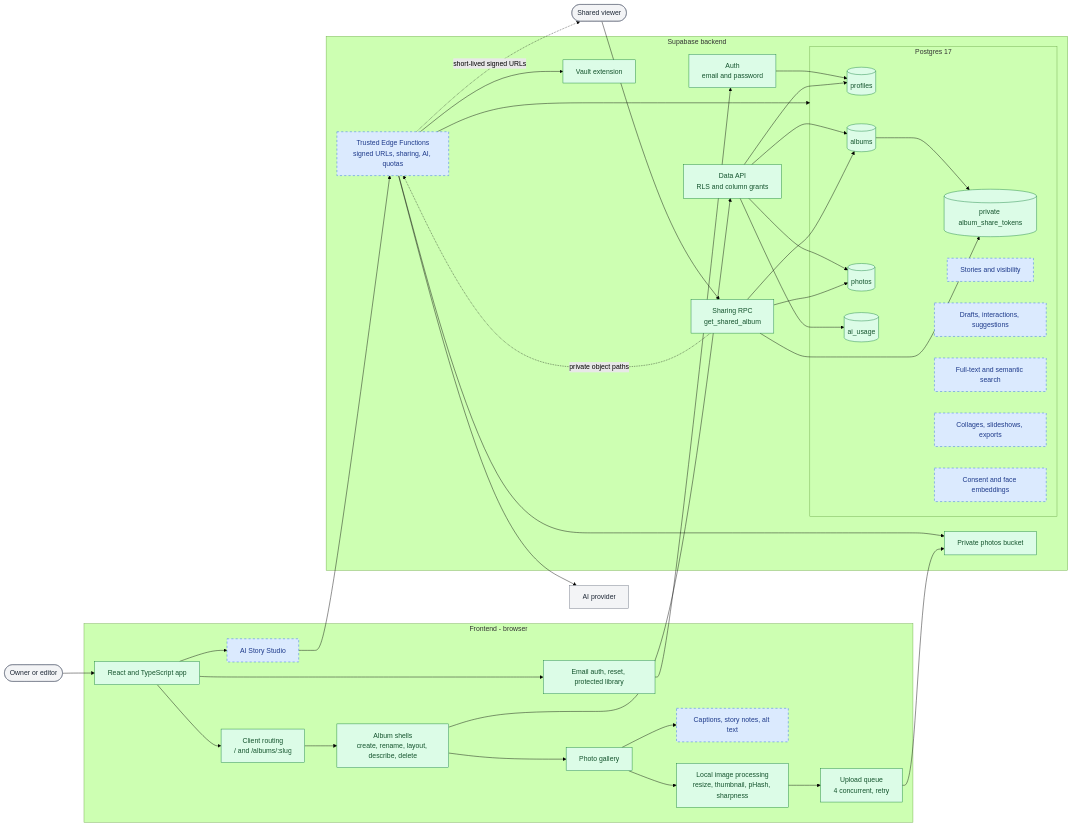
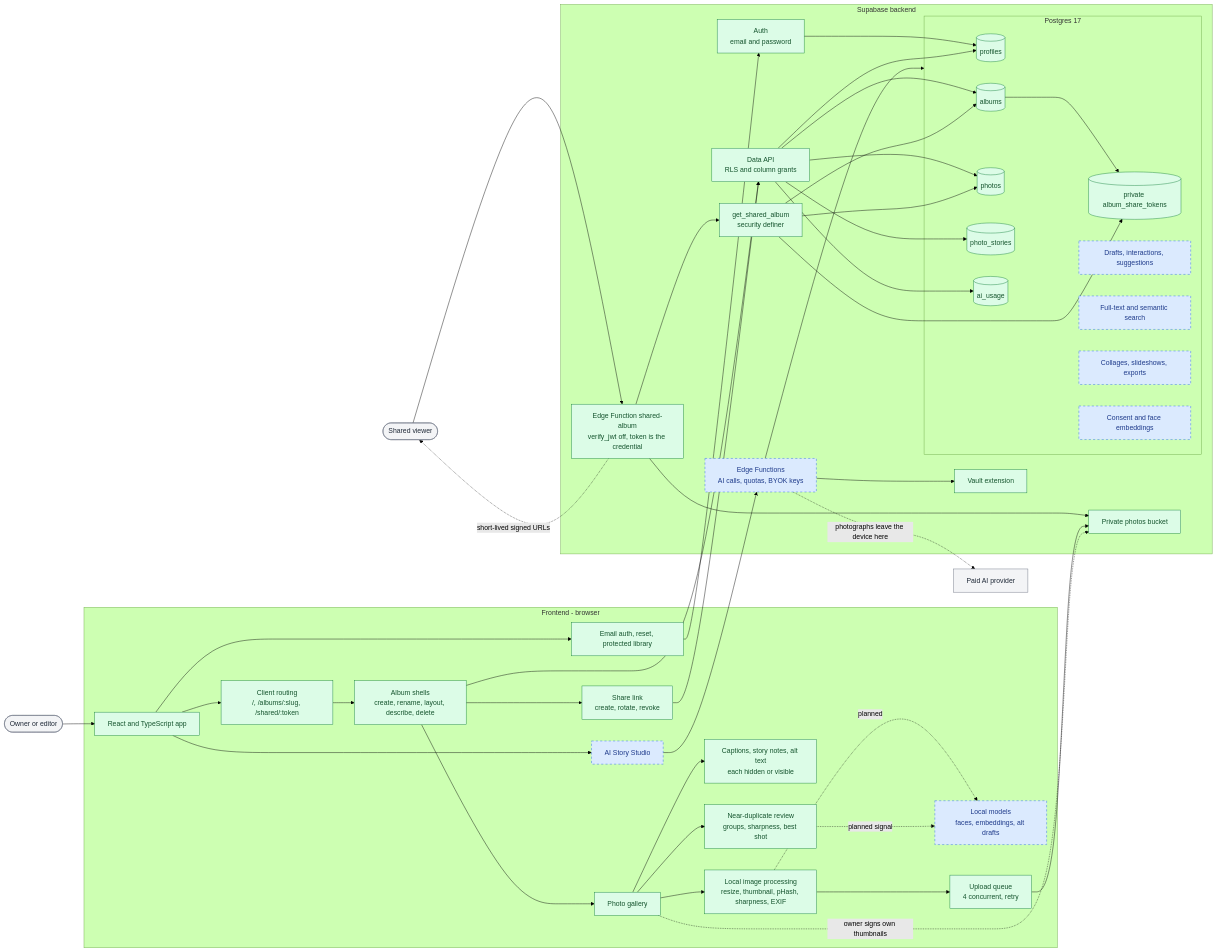
One commit to Elizabeth1979/albums-studio changed the first of 3 diagrams in docs/project-structure.md. Above: the diagram before and after it, drawn with Mermaid (forest theme). The commit also changed other lines of this file and 2 other files, not shown here.

First line of the commit message:
Put the models on the architecture map, and keep it current

````diff
--- a/docs/project-structure.md
+++ b/docs/project-structure.md
@@ -9,69 +44,79 @@
 ```mermaid
 flowchart LR
     User([Owner or editor]):::external
     Viewer([Shared viewer]):::external
-    Model[AI provider]:::external
+    Provider[Paid AI provider]:::external
 
     subgraph Frontend["Frontend - browser"]
         App["React and TypeScript app"]:::current
         AuthUI["Email auth, reset, protected library"]:::current
-        Router["Client routing<br/>/ and /albums/:slug"]:::current
+        Router["Client routing<br/>/, /albums/:slug, /shared/:token"]:::current
         AlbumUI["Album shells<br/>create, rename, layout, describe, delete"]:::current
         PhotoUI["Photo gallery"]:::current
-        TextUI["Captions, story notes, alt text"]:::planned
+        TextUI["Captions, story notes, alt text<br/>each hidden or visible"]:::current
+        ShareUI["Share link<br/>create, rotate, revoke"]:::current
+        Curation["Near-duplicate review<br/>groups, sharpness, best shot"]:::current
         Studio["AI Story Studio"]:::planned
-        Local["Local image processing<br/>resize, thumbnail, pHash, sharpness"]:::current
+        Local["Local image processing<br/>resize, thumbnail, pHash, sharpness, EXIF"]:::current
+        LocalModel["Local models<br/>faces, embeddings, alt drafts"]:::planned
         Upload["Upload queue<br/>4 concurrent, retry"]:::current
 
         App --> AuthUI
         App --> Router --> AlbumUI
         AlbumUI --> PhotoUI --> TextUI
+        AlbumUI --> ShareUI
+        PhotoUI --> Curation
         App --> Studio
         PhotoUI --> Local --> Upload
+        Local -. "planned" .-> LocalModel
+        Curation -. "planned signal" .-> LocalModel
     end
 
     subgraph Supabase["Supabase backend"]
         Auth["Auth<br/>email and password"]:::current
         DataAPI["Data API<br/>RLS and column grants"]:::current
-        RPC["Sharing RPC<br/>get_shared_album"]:::current
+        RPC["get_shared_album<br/>security definer"]:::current
         Storage["Private photos bucket"]:::current
         Vault["Vault extension"]:::current
 
         subgraph Database["Postgres 17"]
             Profiles[(profiles)]:::current
             Albums[(albums)]:::current
             Photos[(photos)]:::current
+            Stories[(photo_stories)]:::current
             Usage[(ai_usage)]:::current
             Tokens[(private album_share_tokens)]:::current
-            TextSchema["Stories and visibility"]:::planned
             AISchema["Drafts, interactions, suggestions"]:::planned
             SearchSchema["Full-text and semantic search"]:::planned
             OutputSchema["Collages, slideshows, exports"]:::planned
             FaceSchema["Consent and face embeddings"]:::planned
         end
 
-        Edge["Trusted Edge Functions<br/>signed URLs, sharing, AI, quotas"]:::planned
+        EdgeShare["Edge Function shared-album<br/>verify_jwt off, token is the credential"]:::current
+        EdgeAI["Edge Functions<br/>AI calls, quotas, BYOK keys"]:::planned
 
         Auth --> Profiles
-        DataAPI --> Albums & Photos & Profiles & Usage
+        DataAPI --> Albums & Photos & Stories & Profiles & Usage
         Albums --> Tokens
         RPC --> Albums & Photos & Tokens
-        Edge --> Database
-        Edge --> Storage
-        Edge --> Vault
+        EdgeShare --> RPC
+        EdgeShare --> Storage
+        EdgeAI --> Database
+        EdgeAI --> Vault
     end
 
     User --> App
     AuthUI --> Auth
     AlbumUI --> DataAPI
+    ShareUI --> DataAPI
     Upload --> Storage
-    Studio --> Edge
-    Edge --> Model
-    Viewer --> RPC
-    RPC -. "private object paths" .-> Edge
-    Edge -. "short-lived signed URLs" .-> Viewer
+    PhotoUI -. "owner signs own thumbnails" .-> Storage
+    Studio --> EdgeAI
+    EdgeAI -. "photographs leave the device here" .-> Provider
+    Viewer --> EdgeShare
+    EdgeShare -. "short-lived signed URLs" .-> Viewer
 
     classDef current fill:#dcfce7,stroke:#15803d,color:#14532d
     classDef planned fill:#dbeafe,stroke:#2563eb,color:#1e3a8a,stroke-dasharray:5 5
     classDef external fill:#f3f4f6,stroke:#6b7280,color:#1f2937
 ```
````
